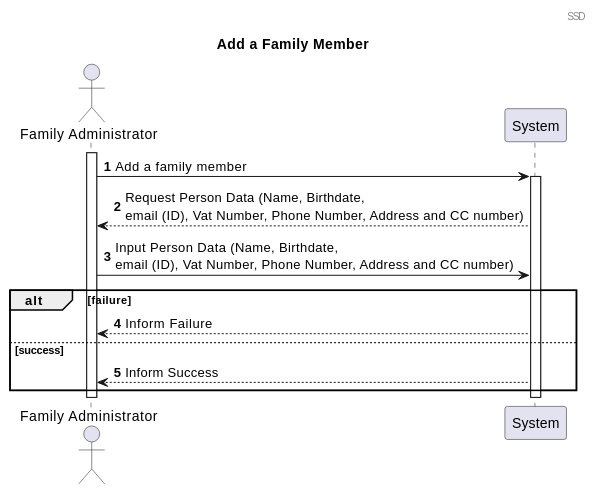
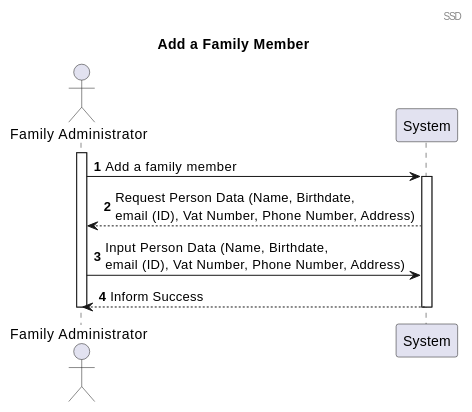
One commit to tomas-osswald/switch_2020_g3 changed the first of 4 diagrams in docs/sprint3/user_stories/US101_AddFamilyMember.md. Above: the diagram before and after it, drawn with PlantUML. The commit also changed other lines of this file and 1 other file, not shown here.

````diff
--- a/docs/sprint3/user_stories/US101_AddFamilyMember.md
+++ b/docs/sprint3/user_stories/US101_AddFamilyMember.md
@@ -47,22 +47,18 @@
 ```plantuml
 @startuml
 
 header SSD
 title Add a Family Member
 autonumber
 actor "Family Administrator" as Actor
 participant "System" as System
 activate Actor
 Actor -> System : Add a family member
 activate System
-System --> Actor : Request Person Data (Name, Birthdate, \nemail (ID), Vat Number, Phone Number, Address and CC number)  
-Actor -> System : Input Person Data (Name, Birthdate, \nemail (ID), Vat Number, Phone Number, Address and CC number)
-alt failure
-System --> Actor : Inform Failure
-else success 
+System --> Actor : Request Person Data (Name, Birthdate, \nemail (ID), Vat Number, Phone Number, Address)  
+Actor -> System : Input Person Data (Name, Birthdate, \nemail (ID), Vat Number, Phone Number, Address)
 System --> Actor : Inform Success
-end
 deactivate System
 deactivate Actor
 @enduml
 ```
````
